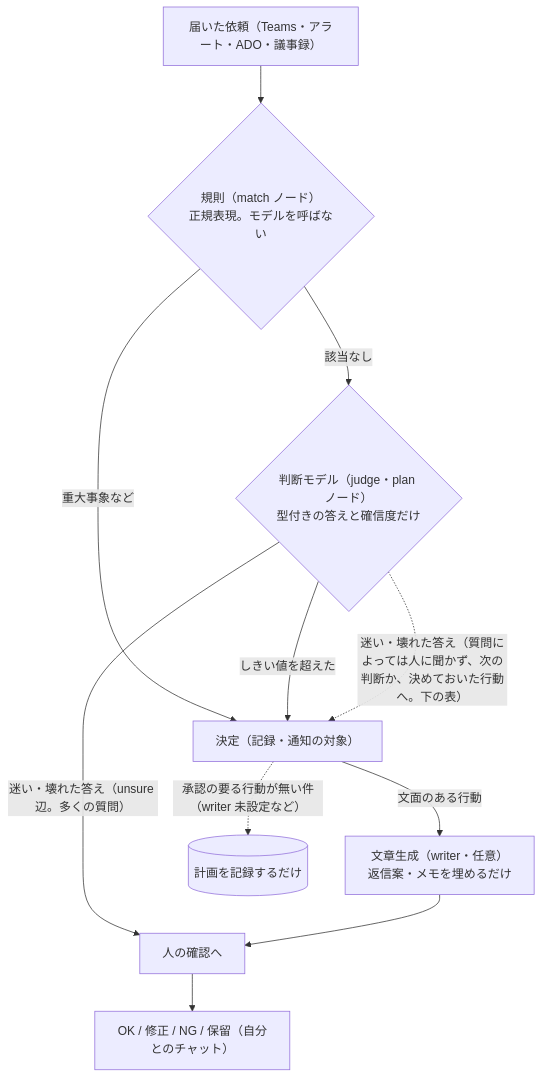
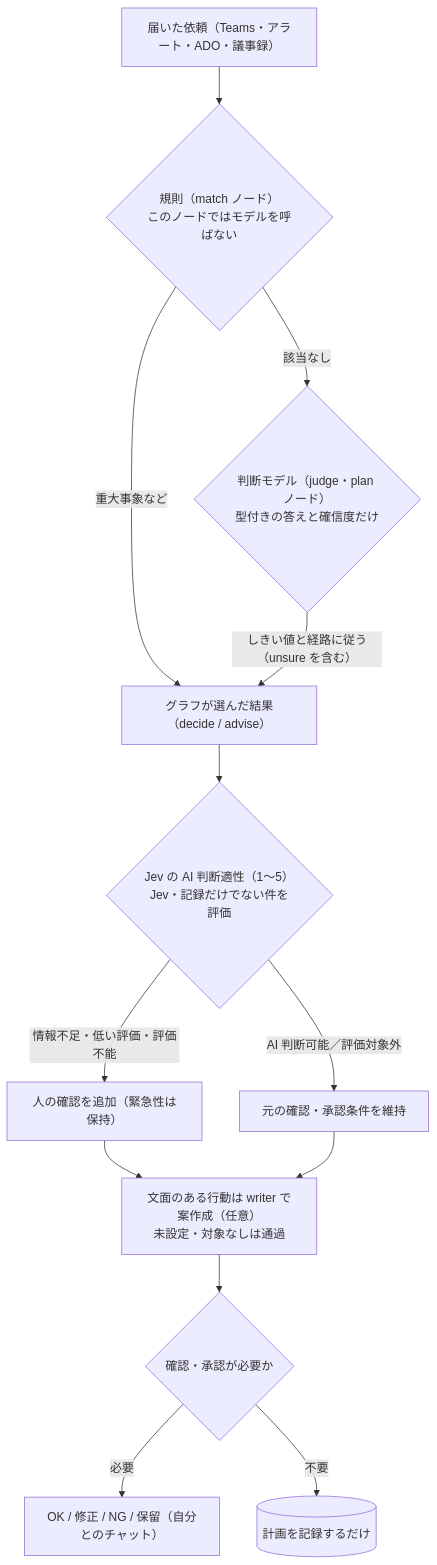
Before and after one commit to awano27/pm-decision: the first of 3 diagrams in docs/design.md, drawn with Mermaid. The commit also changed other lines of this file and 4 other files, not shown here.

````diff
--- a/docs/design.md
+++ b/docs/design.md
@@ -7,13 +7,15 @@
 ```mermaid
 flowchart TD
-    E["届いた依頼（Teams・アラート・ADO・議事録）"] --> M{"規則（match ノード）<br/>正規表現。モデルを呼ばない"}
-    M -- "重大事象など" --> DEC["決定（記録・通知の対象）"]
+    E["届いた依頼（Teams・アラート・ADO・議事録）"] --> M{"規則（match ノード）<br/>このノードではモデルを呼ばない"}
+    M -- "重大事象など" --> T["グラフが選んだ結果（decide / advise）"]
     M -- "該当なし" --> J{"判断モデル（judge・plan ノード）<br/>型付きの答えと確信度だけ"}
-    J -- "しきい値を超えた" --> DEC
-    J -- "迷い・壊れた答え（unsure 辺。多くの質問）" --> ASK["人の確認へ"]
-    J -. "迷い・壊れた答え（質問によっては人に聞かず、次の判断か、決めておいた行動へ。下の表）" .-> DEC
-    DEC -- "文面のある行動" --> W["文章生成（writer・任意）<br/>返信案・メモを埋めるだけ"]
-    DEC -. "承認の要る行動が無い件（writer 未設定など）" .-> LOG[("計画を記録するだけ")]
-    W --> ASK
-    ASK --> OK["OK / 修正 / NG / 保留（自分とのチャット）"]
+    J -- "しきい値と経路に従う（unsure を含む）" --> T
+    T --> S{"Jev の AI 判断適性（1〜5）<br/>Jev・記録だけでない件を評価"}
+    S -- "情報不足・低い評価・評価不能" --> ASK["人の確認を追加（緊急性は保持）"]
+    S -- "AI 判断可能／評価対象外" --> DEC["元の確認・承認条件を維持"]
+    ASK --> W["文面のある行動は writer で案作成（任意）<br/>未設定・対象なしは通過"]
+    DEC --> W
+    W --> C{"確認・承認が必要か"}
+    C -- "必要" --> OK["OK / 修正 / NG / 保留（自分とのチャット）"]
+    C -- "不要" --> LOG[("計画を記録するだけ")]
 ```
````
